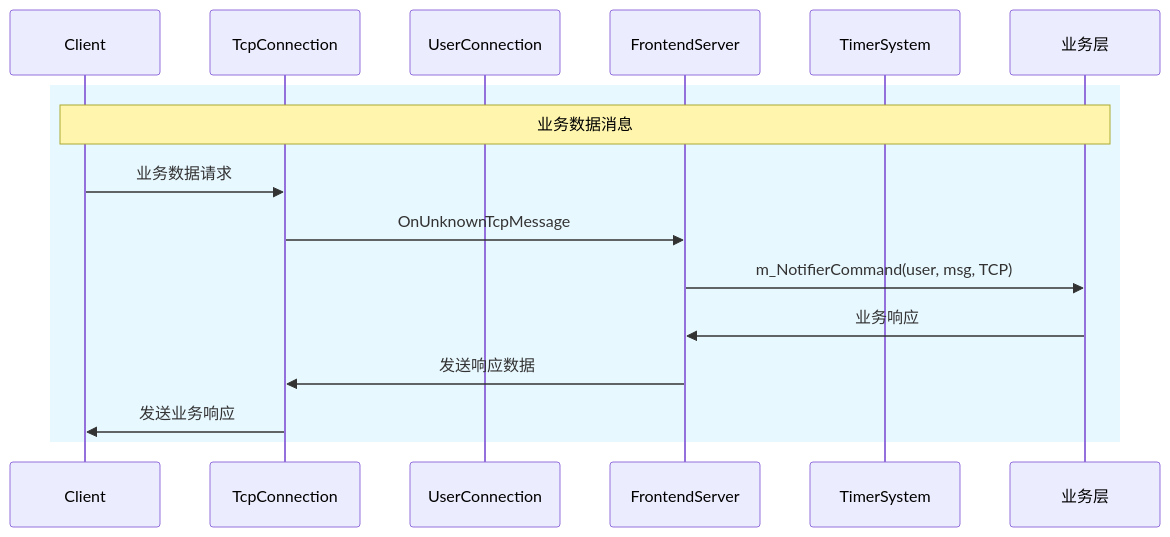
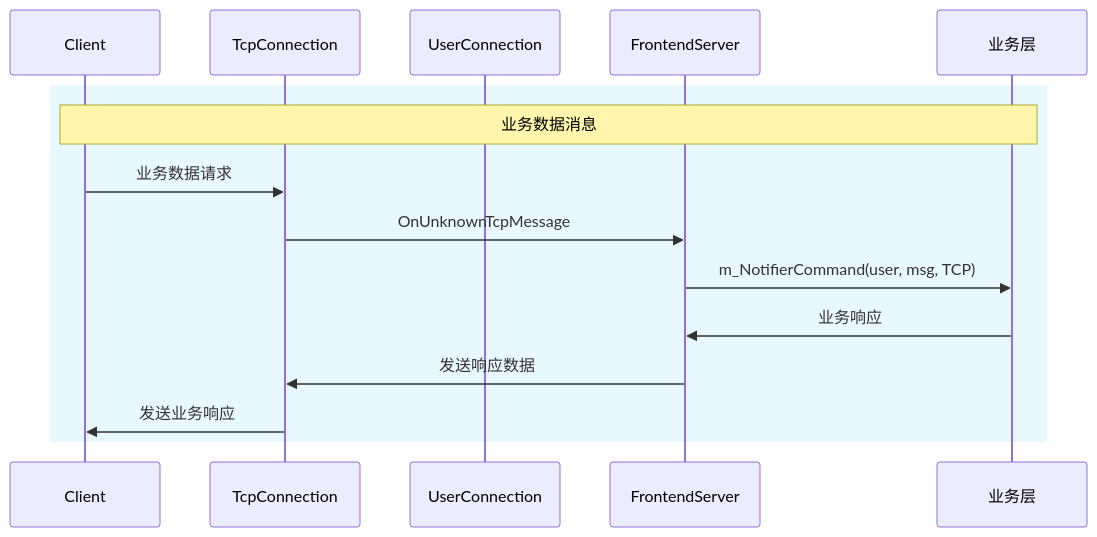
The fifth of 5 diagrams in doc/frontend.md (MYMarcoreus/GameServer), drawn with Mermaid before and after one commit. The commit also changed other lines of this file and 38 other files, not shown here.

````diff
--- a/doc/frontend.md
+++ b/doc/frontend.md
@@ -132,19 +141,18 @@
 ```mermaid
 sequenceDiagram
     participant Client
     participant TcpConnection
     participant UserConnection
     participant FrontendServer
-    participant TimerSystem
     participant BusinessLayer as 业务层
   
     rect rgba(180, 230, 255, 0.3)
         Note over Client, BusinessLayer: 业务数据消息
         Client->>TcpConnection: 业务数据请求
         TcpConnection->>FrontendServer: OnUnknownTcpMessage
         FrontendServer->>BusinessLayer: m_NotifierCommand(user, msg, TCP)
         BusinessLayer->>FrontendServer: 业务响应
         FrontendServer->>TcpConnection: 发送响应数据
         TcpConnection->>Client: 发送业务响应
     end
 ```
````
